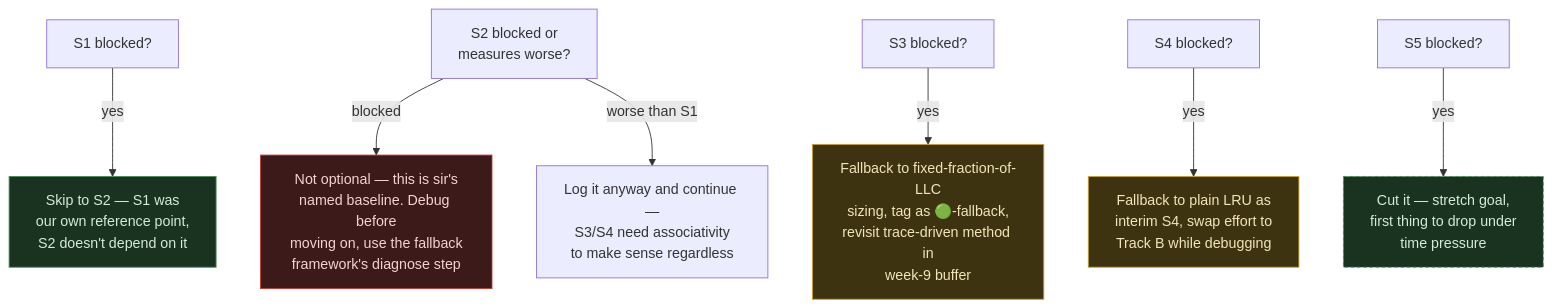
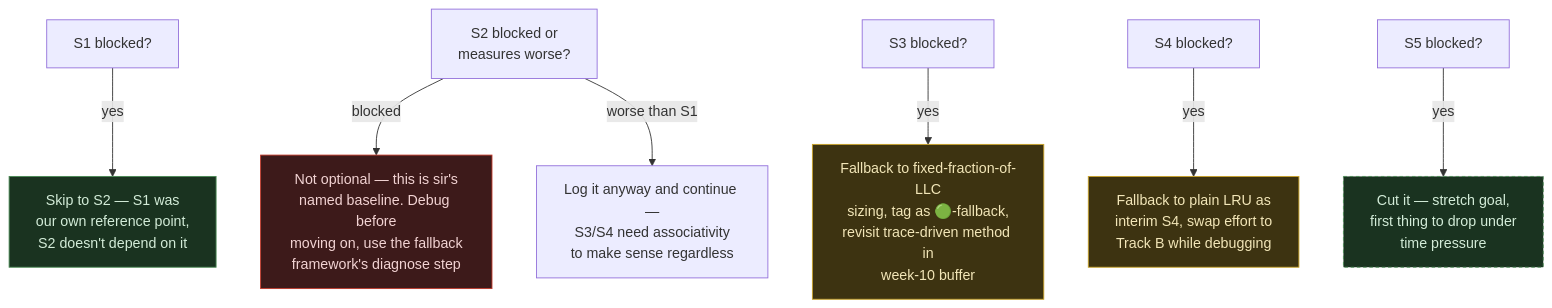
One commit to KathpaliaChirag/Nanopore-project changed the fifth of 7 diagrams in planning/week4plan.md. Above: the diagram before and after it, drawn with Mermaid. The commit also changed other lines of this file, not shown here.

````diff
--- a/planning/week4plan.md
+++ b/planning/week4plan.md
@@ -191,15 +194,15 @@
 ```mermaid
 flowchart TD
     S1["S1 blocked?"] -->|yes| S1F["Skip to S2 — S1 was\nour own reference point,\nS2 doesn't depend on it"]
     S2["S2 blocked or\nmeasures worse?"] -->|blocked| S2F["Not optional — this is sir's\nnamed baseline. Debug before\nmoving on, use the fallback\nframework's diagnose step"]
     S2 -->|worse than S1| S2G["Log it anyway and continue —\nS3/S4 need associativity\nto make sense regardless"]
-    S3["S3 blocked?"] -->|yes| S3F["Fallback to fixed-fraction-of-LLC\nsizing, tag as 🟢-fallback,\nrevisit trace-driven method in\nweek-9 buffer"]
+    S3["S3 blocked?"] -->|yes| S3F["Fallback to fixed-fraction-of-LLC\nsizing, tag as 🟢-fallback,\nrevisit trace-driven method in\nweek-10 buffer"]
     S4["S4 blocked?"] -->|yes| S4F["Fallback to plain LRU as\ninterim S4, swap effort to\nTrack B while debugging"]
     S5["S5 blocked?"] -->|yes| S5F["Cut it — stretch goal,\nfirst thing to drop under\ntime pressure"]
 
     style S2F fill:#3d1a1a,stroke:#c0392b,color:#f2d3d3
     style S1F fill:#1a3320,stroke:#4a8a54,color:#d3ecd8
     style S3F fill:#3d3311,stroke:#c9a227,color:#f2e6b8
     style S4F fill:#3d3311,stroke:#c9a227,color:#f2e6b8
     style S5F fill:#1a3320,stroke:#4a8a54,stroke-dasharray: 4 3,color:#d3ecd8
 ```
````
